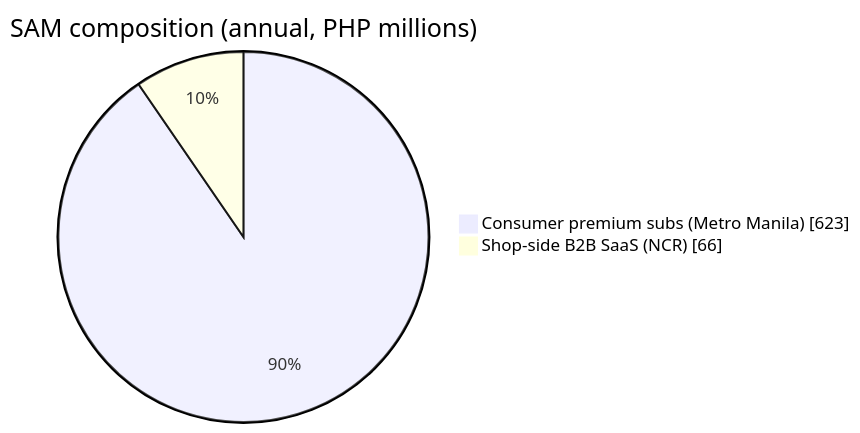
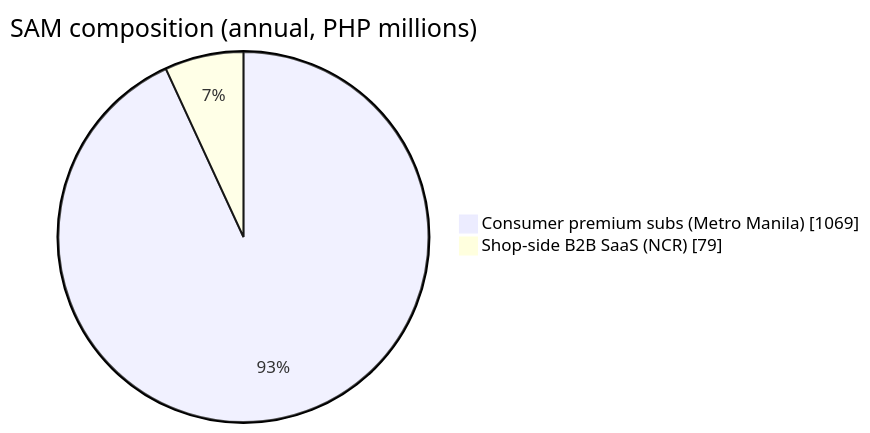
One commit to quennethks/clothesline changed the second of 3 diagrams in business/03-market-research.md. Above: the diagram before and after it, drawn with Mermaid. The commit also changed other lines of this file and 8 other files, not shown here.

````diff
--- a/business/03-market-research.md
+++ b/business/03-market-research.md
@@ -62,6 +63,6 @@
 ```mermaid
 pie showData
     title SAM composition (annual, PHP millions)
-    "Consumer premium subs (Metro Manila)" : 623
-    "Shop-side B2B SaaS (NCR)" : 66
+    "Consumer premium subs (Metro Manila)" : 1069
+    "Shop-side B2B SaaS (NCR)" : 79
 ```
````
